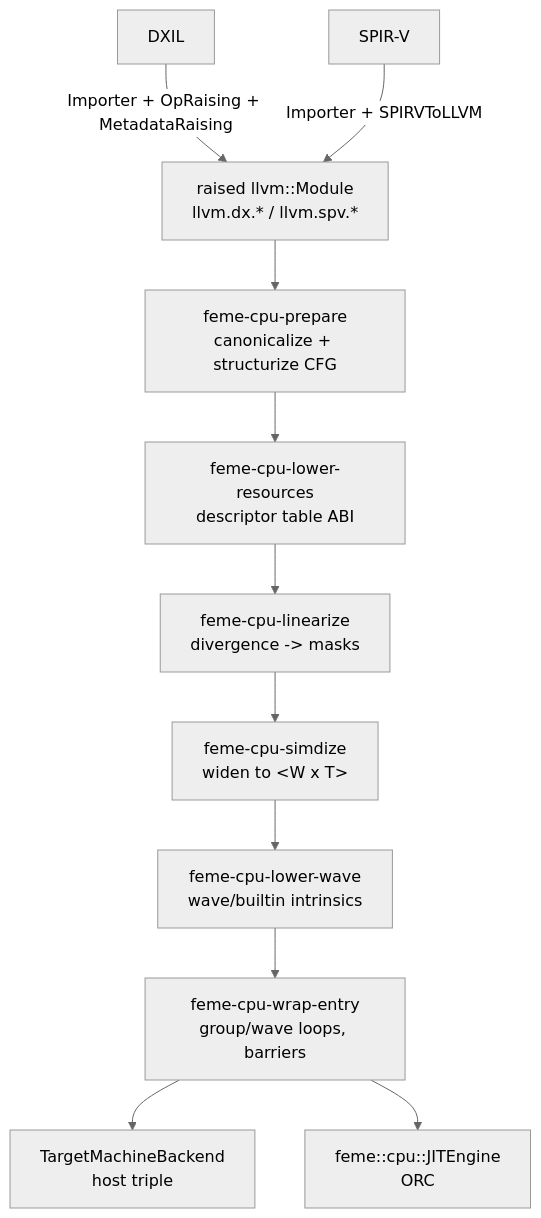
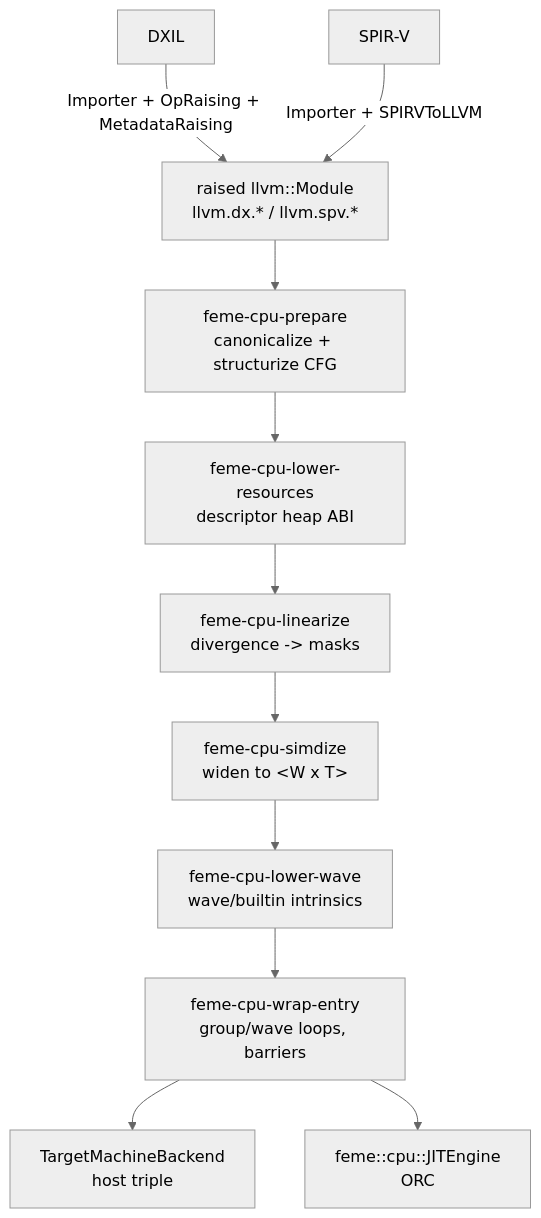
The diagram in feme/docs/FeMeCPUDesign.md (llvm-beanz/llvm-project), drawn with Mermaid (neutral theme) before and after one commit. The commit also changed other lines of this file, not shown here.

First line of the commit message:
[feme][docs] Make the CPU target bindless-only and JIT-owned dispatch

````diff
--- a/feme/docs/FeMeCPUDesign.md
+++ b/feme/docs/FeMeCPUDesign.md
@@ -230,13 +241,13 @@
 ```mermaid
 flowchart TD
     DXIL[DXIL] -- Importer + OpRaising + MetadataRaising --> R[raised llvm::Module<br/>llvm.dx.* / llvm.spv.*]
     SPV[SPIR-V] -- Importer + SPIRVToLLVM --> R
     R --> P1[feme-cpu-prepare<br/>canonicalize + structurize CFG]
-    P1 --> P2[feme-cpu-lower-resources<br/>descriptor table ABI]
+    P1 --> P2[feme-cpu-lower-resources<br/>descriptor heap ABI]
     P2 --> P3[feme-cpu-linearize<br/>divergence -> masks]
     P3 --> P4[feme-cpu-simdize<br/>widen to &lt;W x T&gt;]
     P4 --> P5[feme-cpu-lower-wave<br/>wave/builtin intrinsics]
     P5 --> P6[feme-cpu-wrap-entry<br/>group/wave loops, barriers]
     P6 --> TM[TargetMachineBackend<br/>host triple]
     P6 --> JIT[feme::cpu::JITEngine<br/>ORC]
 ```
````
